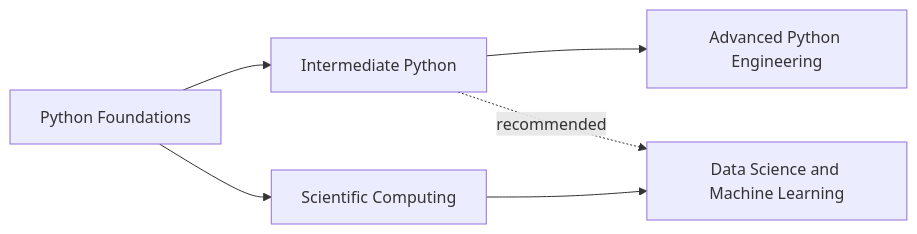
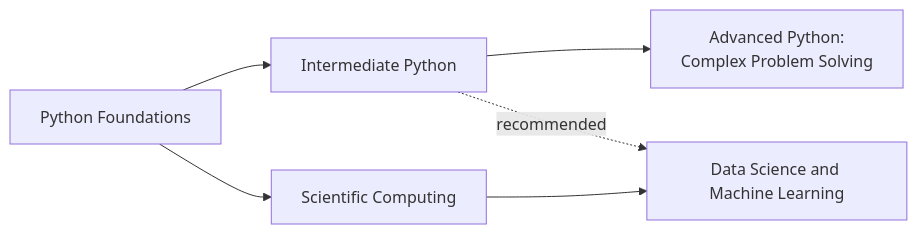
The diagram in docs/index.qmd (freecampus/python), drawn with Mermaid before and after one commit. The commit also changed other lines of this file and 74 other files, not shown here.

````diff
--- a/docs/index.qmd
+++ b/docs/index.qmd
@@ -137,13 +138,13 @@
 ```{mermaid}
 %%| echo: false
 %%| eval: true
 flowchart LR
   F[Python Foundations]
   I[Intermediate Python]
-  A[Advanced Python Engineering]
+  A[Advanced Python:<br/>Complex Problem Solving]
   S[Scientific Computing]
   M[Data Science and Machine Learning]
   F --> I --> A
   F --> S --> M
   I -. recommended .-> M
 ```
````
